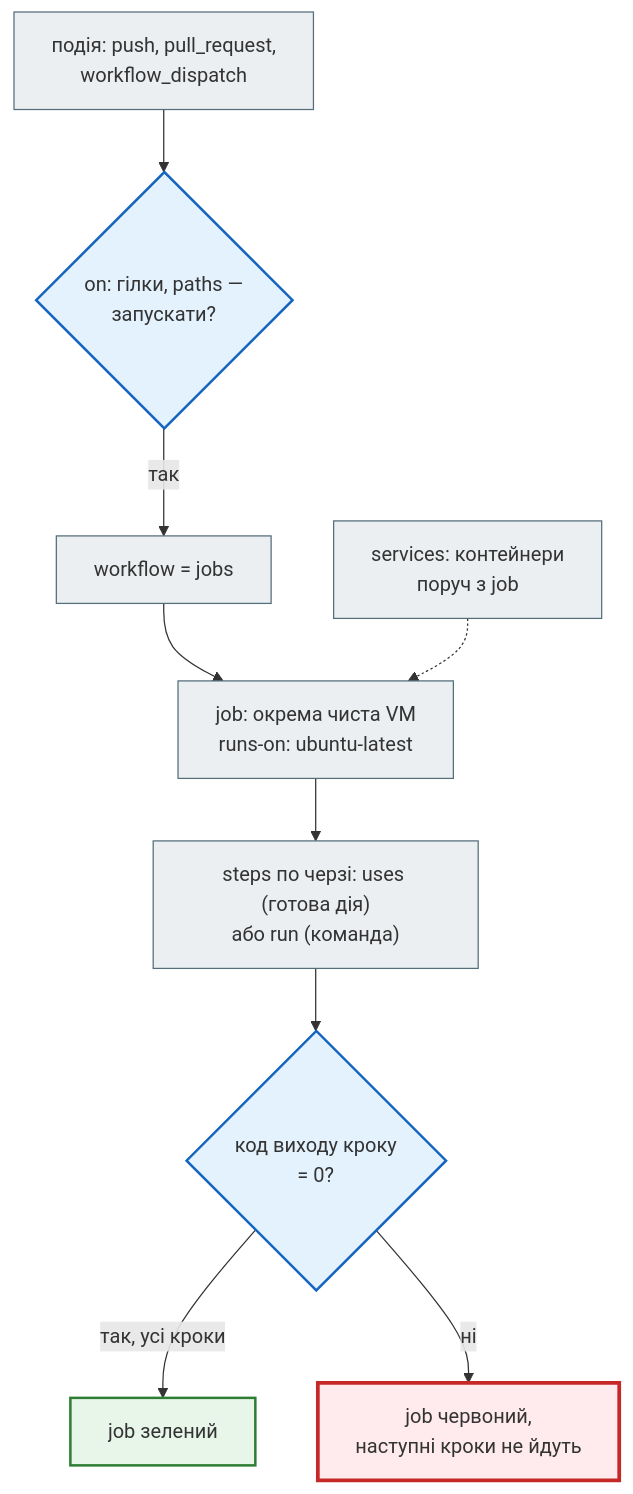
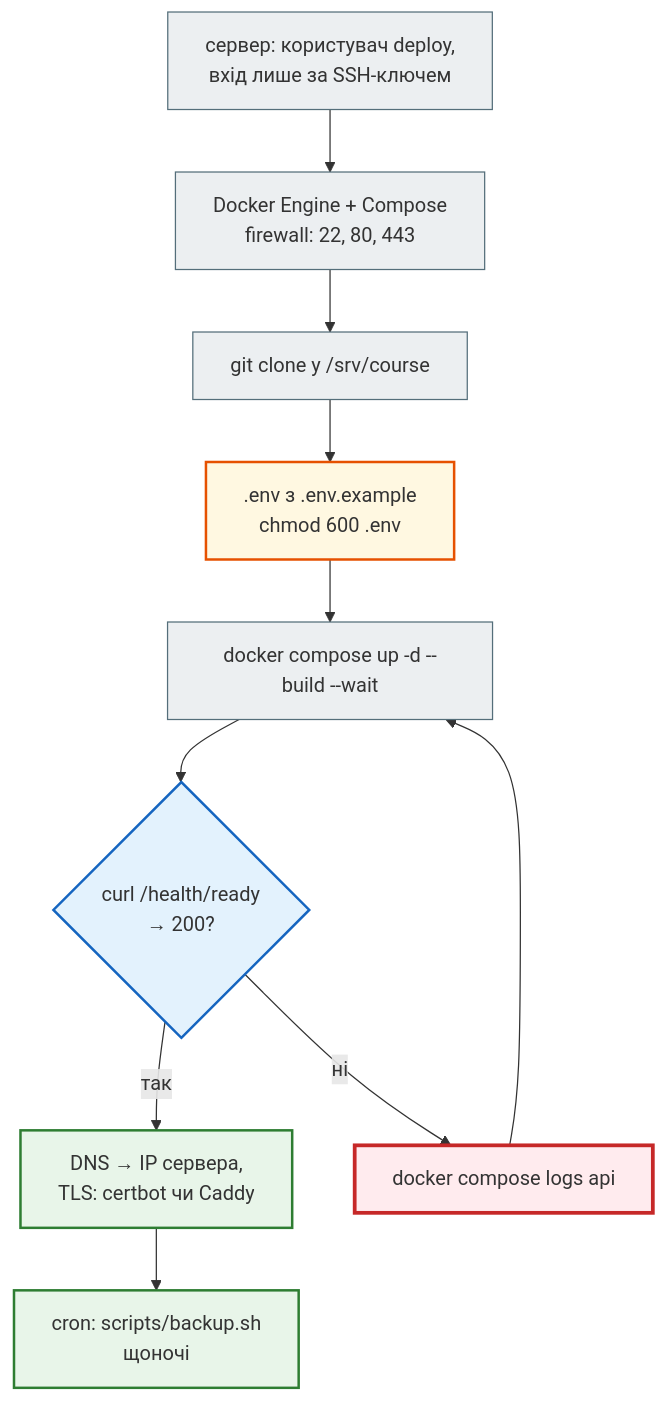
Before and after one commit to AlinaRadchenko/PY-Course-Victor-Nikoriak-22-09-2026: the third of 5 diagrams in docs/modules/m5/lesson_50.md, drawn with Mermaid. The commit also changed other lines of this file and 1846 other files, not shown here.

````diff
--- a/docs/modules/m5/lesson_50.md
+++ b/docs/modules/m5/lesson_50.md
@@ -97,28 +538,27 @@
 ```mermaid
 flowchart TD
     classDef step     fill:#eceff1,stroke:#546e7a,stroke-width:1px;
     classDef decision fill:#e3f2fd,stroke:#1565c0,stroke-width:2px;
     classDef success  fill:#e8f5e9,stroke:#2e7d32,stroke-width:2px;
     classDef error    fill:#ffebee,stroke:#c62828,stroke-width:3px;
     classDef warning  fill:#fff8e1,stroke:#e65100,stroke-width:2px;
 
-    E["подія: push, pull_request,<br>workflow_dispatch"]
-    F{"on: гілки, paths —<br>запускати?"}
-    W["workflow = jobs"]
-    J1["job: окрема чиста VM<br>runs-on: ubuntu-latest"]
-    S1["services: контейнери<br>поруч з job"]
-    ST["steps по черзі: uses (готова дія)<br>або run (команда)"]
-    R{"код виходу кроку<br>= 0?"}
-    OK["job зелений"]
-    BAD["job червоний,<br>наступні кроки не йдуть"]
-    E --> F
-    F -->|так| W --> J1 --> ST --> R
-    S1 -.-> J1
-    R -->|так, усі кроки| OK
-    R -->|ні| BAD
+    S1["сервер: користувач deploy,<br>вхід лише за SSH-ключем"]
+    S2["Docker Engine + Compose<br>firewall: 22, 80, 443"]
+    S3["git clone у /srv/course"]
+    S4[".env з .env.example<br>chmod 600 .env"]
+    S5["docker compose up -d --build --wait"]
+    S6{"curl /health/ready<br>→ 200?"}
+    S7["DNS → IP сервера,<br>TLS: certbot чи Caddy"]
+    S8["cron: scripts/backup.sh<br>щоночі"]
+    S9["docker compose logs api"]
+    S1 --> S2 --> S3 --> S4 --> S5 --> S6
+    S6 -->|так| S7 --> S8
+    S6 -->|ні| S9 --> S5
 
-    class E,W,J1,S1,ST step
-    class F,R decision
-    class OK success
-    class BAD error
+    class S1,S2,S3,S5 step
+    class S4 warning
+    class S6 decision
+    class S7,S8 success
+    class S9 error
 ```
````
